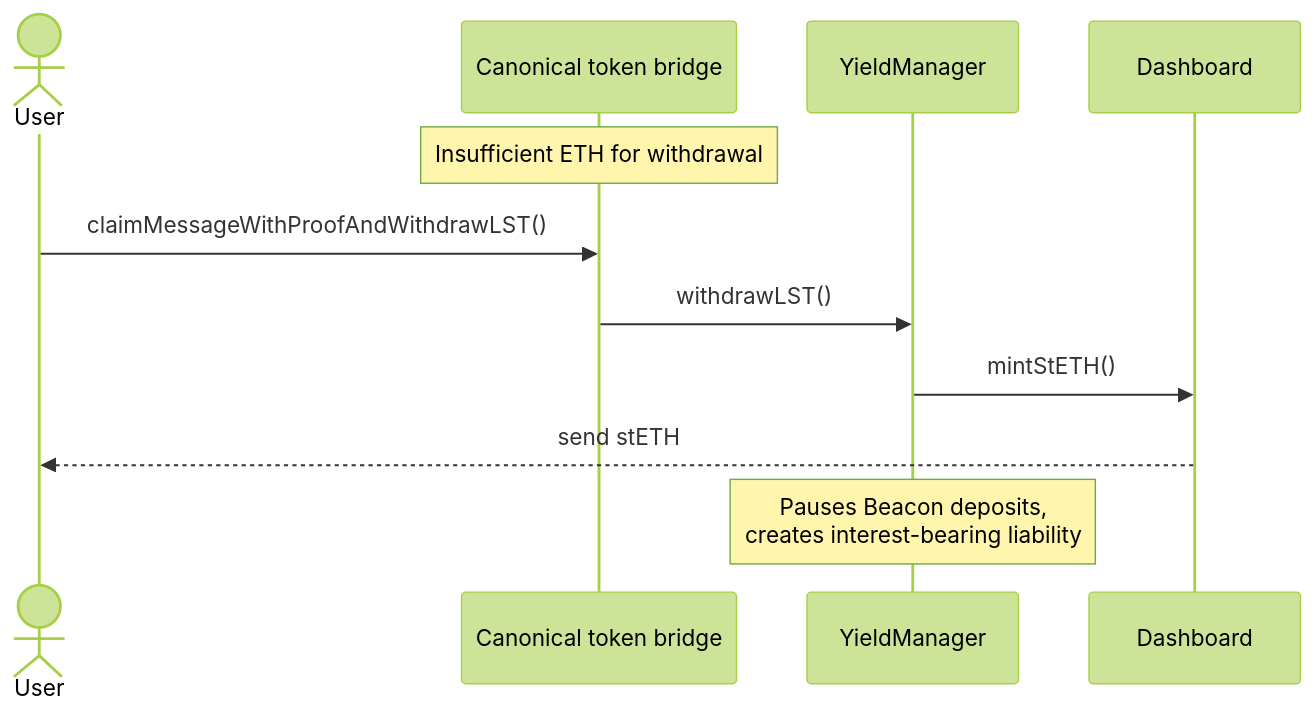
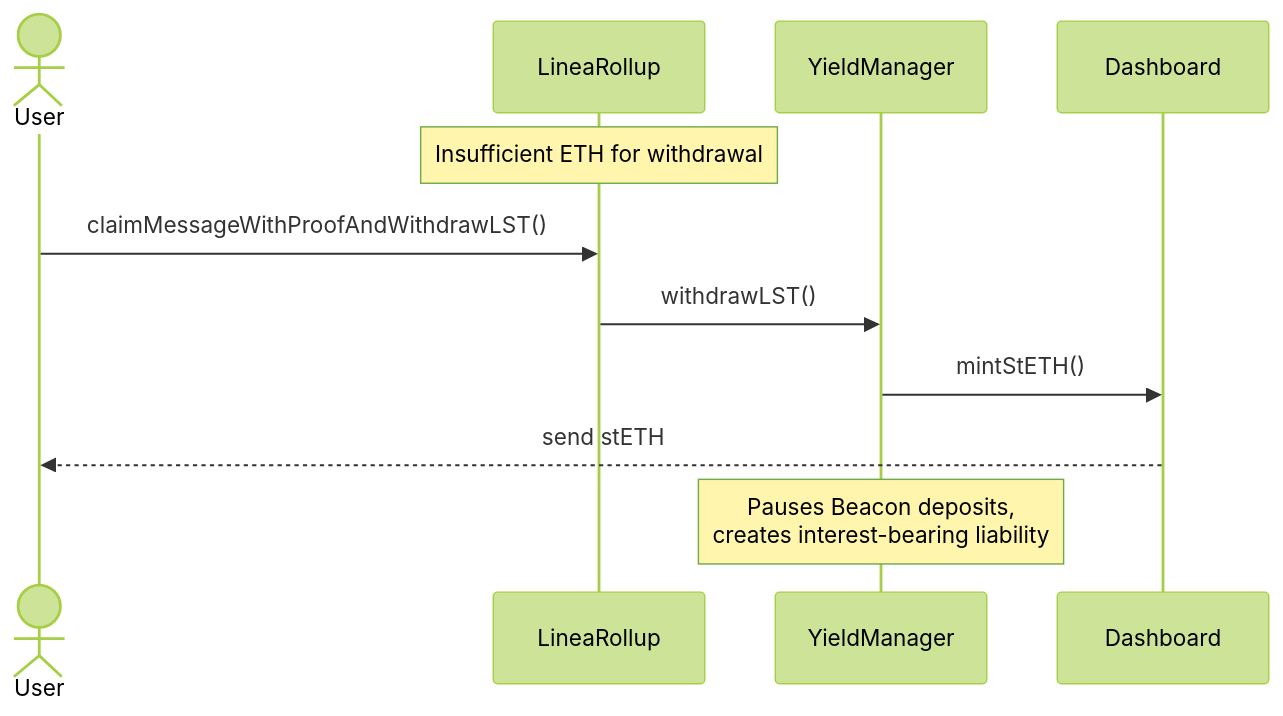
The seventh of 8 diagrams in docs/protocol/yield-boost-architecture.mdx (Consensys/doc.linea), drawn with Mermaid (forest theme) before and after one commit. The commit also changed other lines of this file and 1 other file, not shown here.

````diff
--- a/docs/protocol/yield-boost-architecture.mdx
+++ b/docs/protocol/yield-boost-architecture.mdx
@@ -284,14 +284,14 @@
 ```mermaid
 sequenceDiagram
     actor U as User
-    participant BR as Canonical token bridge
+    participant BR as LineaRollup
     participant YM as YieldManager
     participant DB as Dashboard
 
     Note over BR: Insufficient ETH for withdrawal
     U->>BR: claimMessageWithProofAndWithdrawLST()
     BR->>YM: withdrawLST()
     YM->>DB: mintStETH()
     DB-->>U: send stETH
     Note over YM: Pauses Beacon deposits,<br/>creates interest-bearing liability
 ```
````
